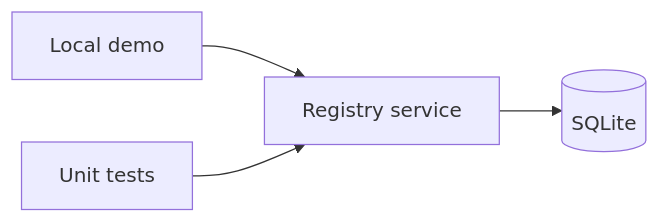
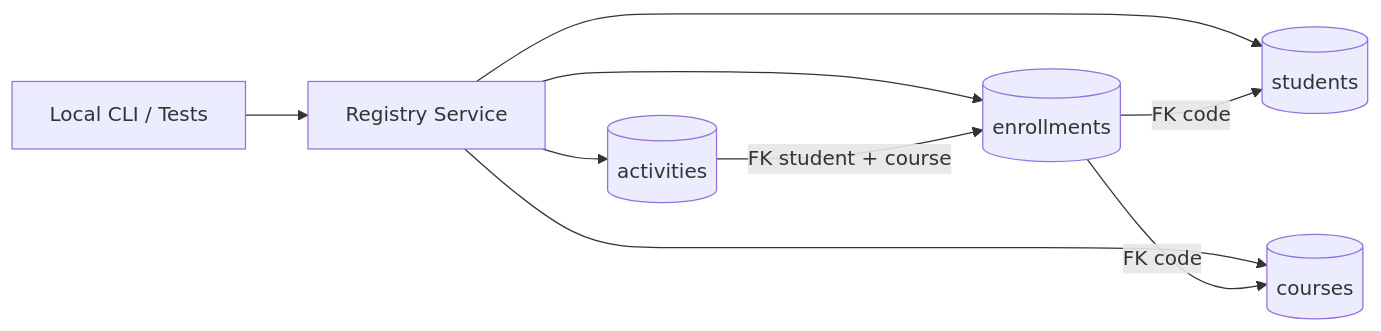
One commit to alexsandsouza/spection-academic-lab changed the first of 2 diagrams in docs/hld.md. Above: the diagram before and after it, drawn with Mermaid. The commit also changed other lines of this file and 32 other files, not shown here.

Commit message:
feat(academic-suite): implement v0.5.0 courses, enrollments, and activities in Python and Web

````diff
--- a/docs/hld.md
+++ b/docs/hld.md
@@ -22,6 +22,11 @@
 ```mermaid
 flowchart LR
-  Demo[Local demo] --> Registry[Registry service]
-  Registry --> SQLite[(SQLite)]
-  Tests[Unit tests] --> Registry
+  Demo[Local CLI / Tests] --> Registry[Registry Service]
+  Registry --> TStudents[(students)]
+  Registry --> TCourses[(courses)]
+  Registry --> TEnroll[(enrollments)]
+  Registry --> TAct[(activities)]
+  TEnroll -->|FK code| TStudents
+  TEnroll -->|FK code| TCourses
+  TAct -->|FK student + course| TEnroll
 ```
````
